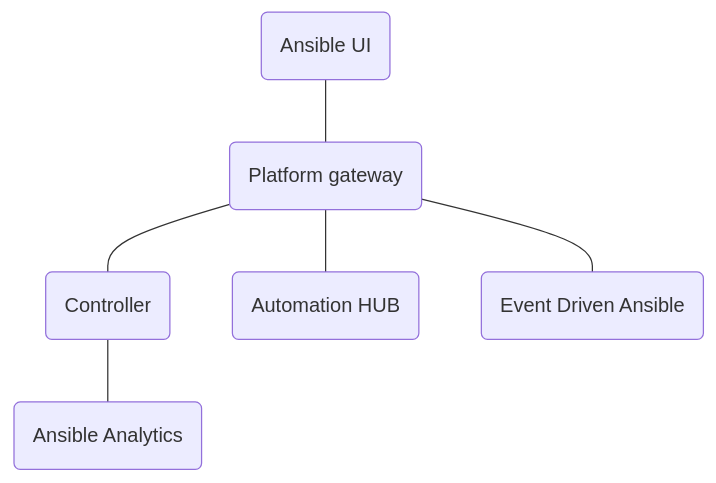
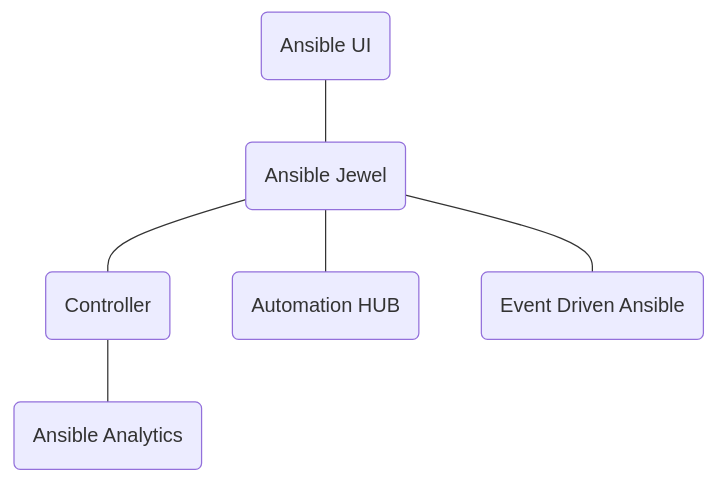
The diagram in platform/README.md (ansible/ansible-ui), drawn with Mermaid before and after one commit. The commit also changed other lines of this file and 3 other files, not shown here.

First line of the commit message:
docs: use Ansible Jewel naming and trim branching doc

````diff
--- a/platform/README.md
+++ b/platform/README.md
@@ -5,8 +5,8 @@
 ```mermaid
 flowchart TD
-   ui(Ansible UI) --- platform(Platform gateway)
+   ui(Ansible UI) --- platform(Ansible Jewel)
    platform --- awx(Controller)
    platform --- hub(Automation HUB)
    platform --- eda(Event Driven Ansible)
    awx --- aa(Ansible Analytics)
 ```
````
